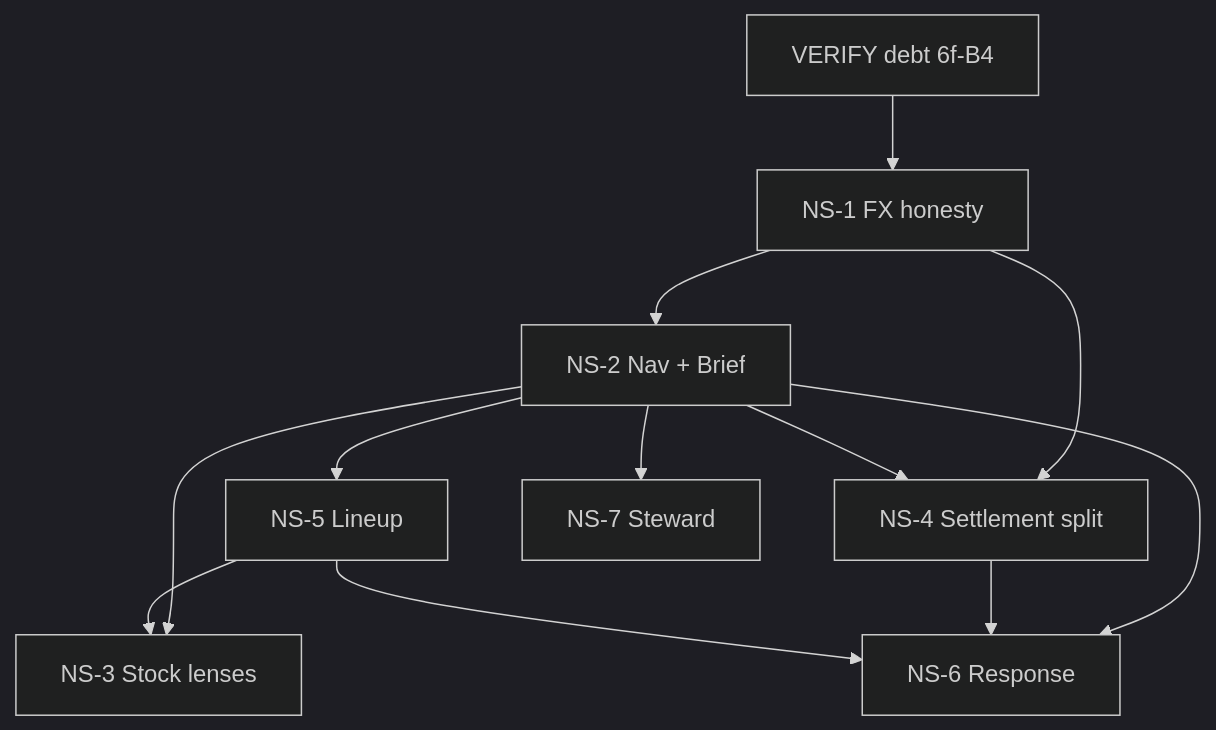
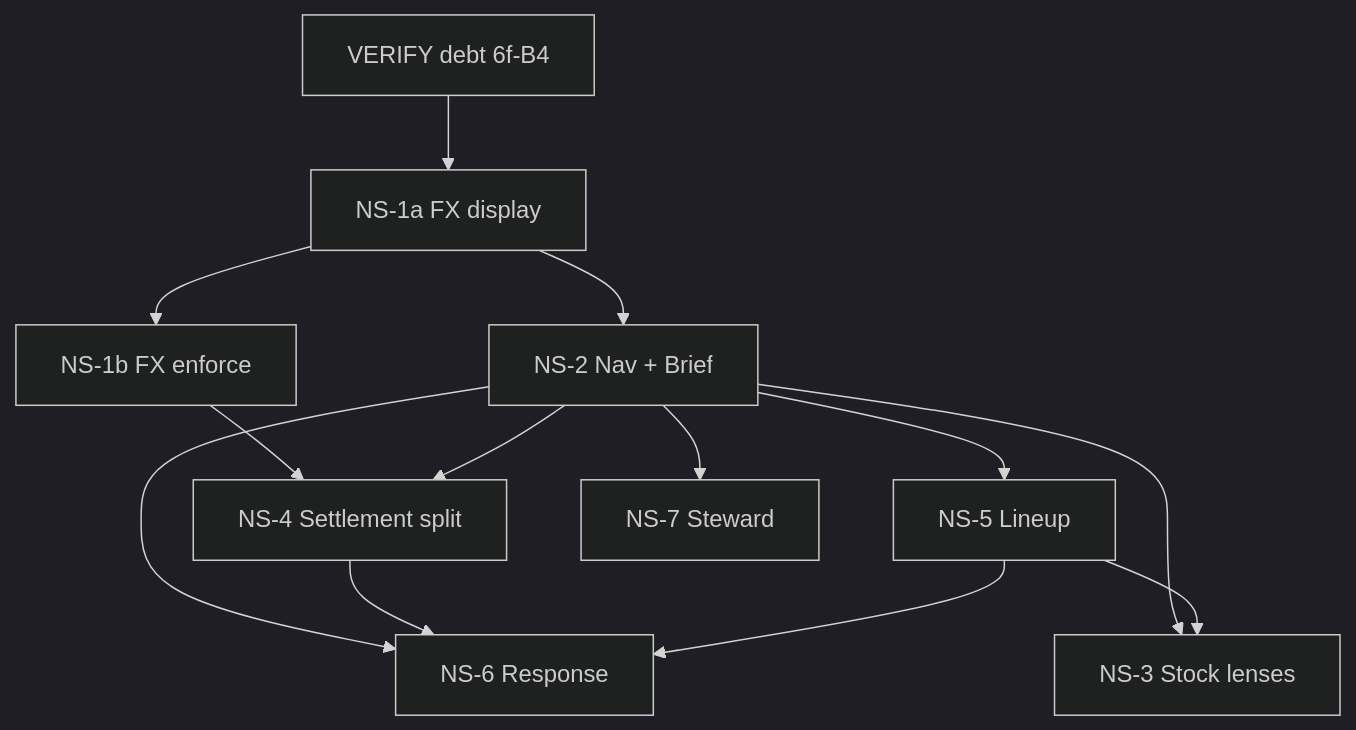
The diagram in docs/design/IMPLEMENTATION_PLAN.md (IoTWazPresales/channel-intelligence-platform), drawn with Mermaid (dark theme) before and after one commit. The commit also changed other lines of this file and 1 other file, not shown here.

````diff
--- a/docs/design/IMPLEMENTATION_PLAN.md
+++ b/docs/design/IMPLEMENTATION_PLAN.md
@@ -602,23 +689,25 @@
 ```mermaid
 flowchart TD
   V[VERIFY debt 6f-B4]
-  NS1[NS-1 FX honesty]
+  NS1a[NS-1a FX display]
+  NS1b[NS-1b FX enforce]
   NS2[NS-2 Nav + Brief]
   NS3[NS-3 Stock lenses]
   NS4[NS-4 Settlement split]
   NS5[NS-5 Lineup]
   NS6[NS-6 Response]
   NS7[NS-7 Steward]
 
-  V --> NS1
-  NS1 --> NS2
-  NS1 --> NS4
+  V --> NS1a
+  NS1a --> NS1b
+  NS1a --> NS2
+  NS1b --> NS4
   NS2 --> NS3
   NS2 --> NS4
   NS2 --> NS5
   NS2 --> NS6
   NS2 --> NS7
   NS4 --> NS6
   NS5 --> NS3
   NS5 --> NS6
 ```
````
